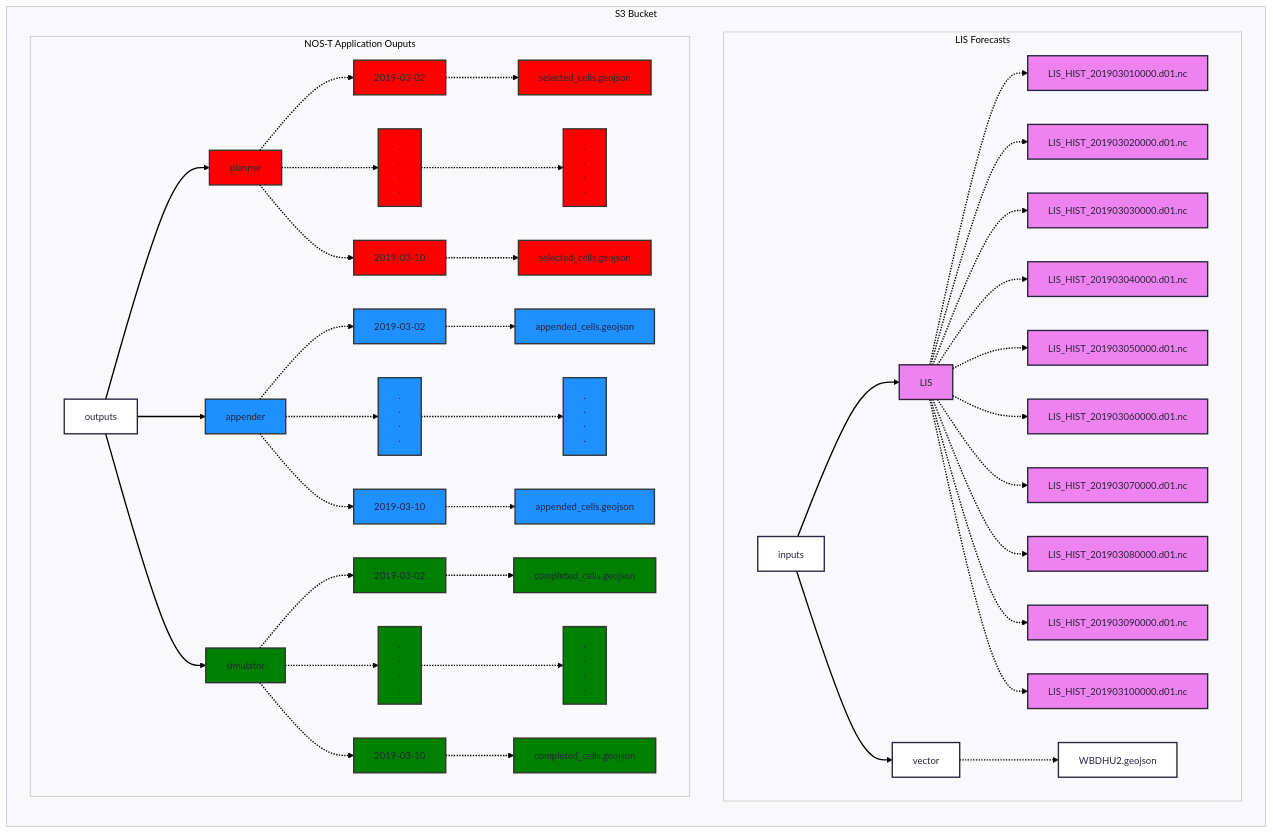
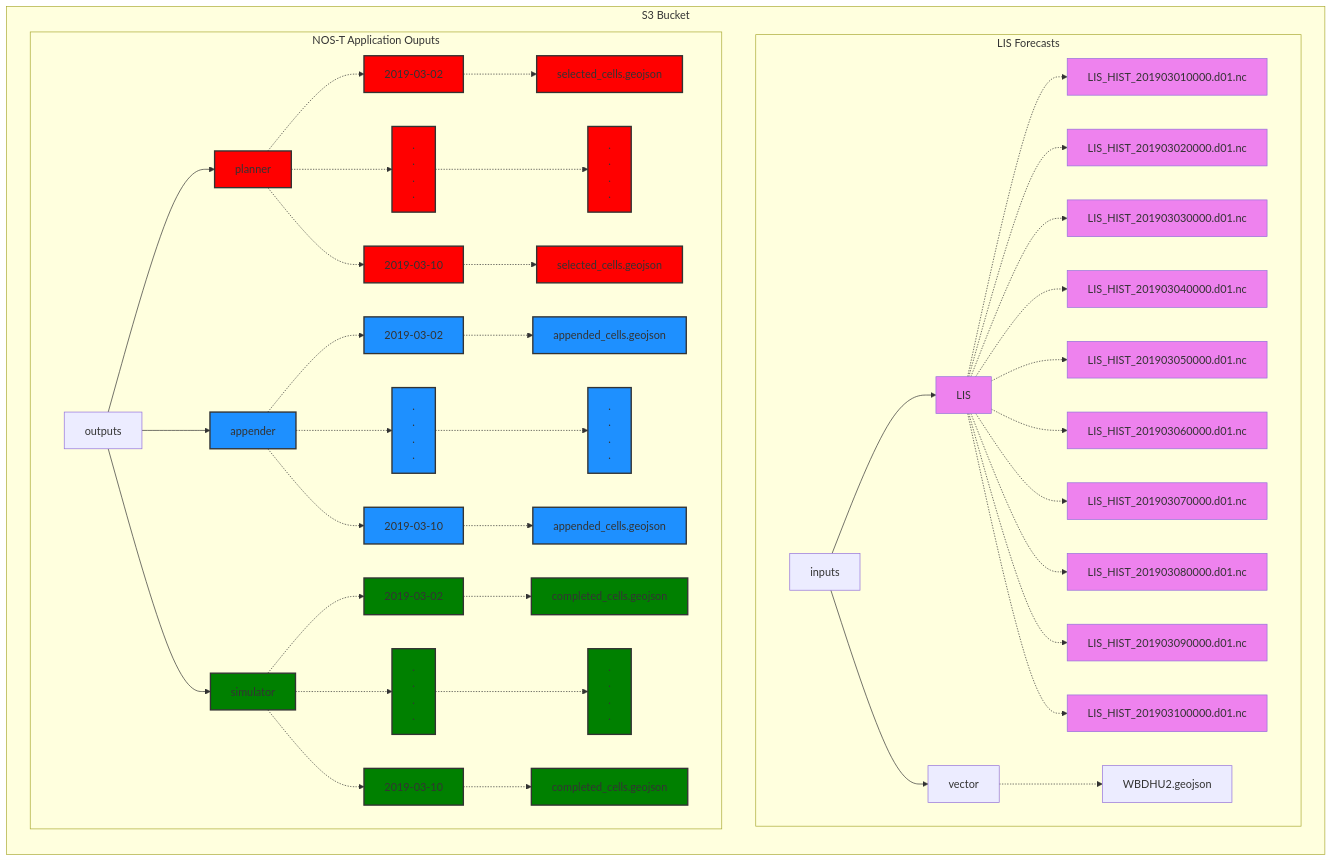
One commit to code-lab-org/sos changed the third of 4 diagrams in README.md. Above: the diagram before and after it, drawn with Mermaid. The commit also changed other lines of this file, not shown here.

Commit message:
add figure

````diff
--- a/README.md
+++ b/README.md
@@ -170,8 +170,4 @@
 ```mermaid
----
-config:
-  theme: redux
----
 flowchart LR
     subgraph S3Bucket["S3 Bucket"]
         subgraph Inputs["LIS Forecasts"]
````
